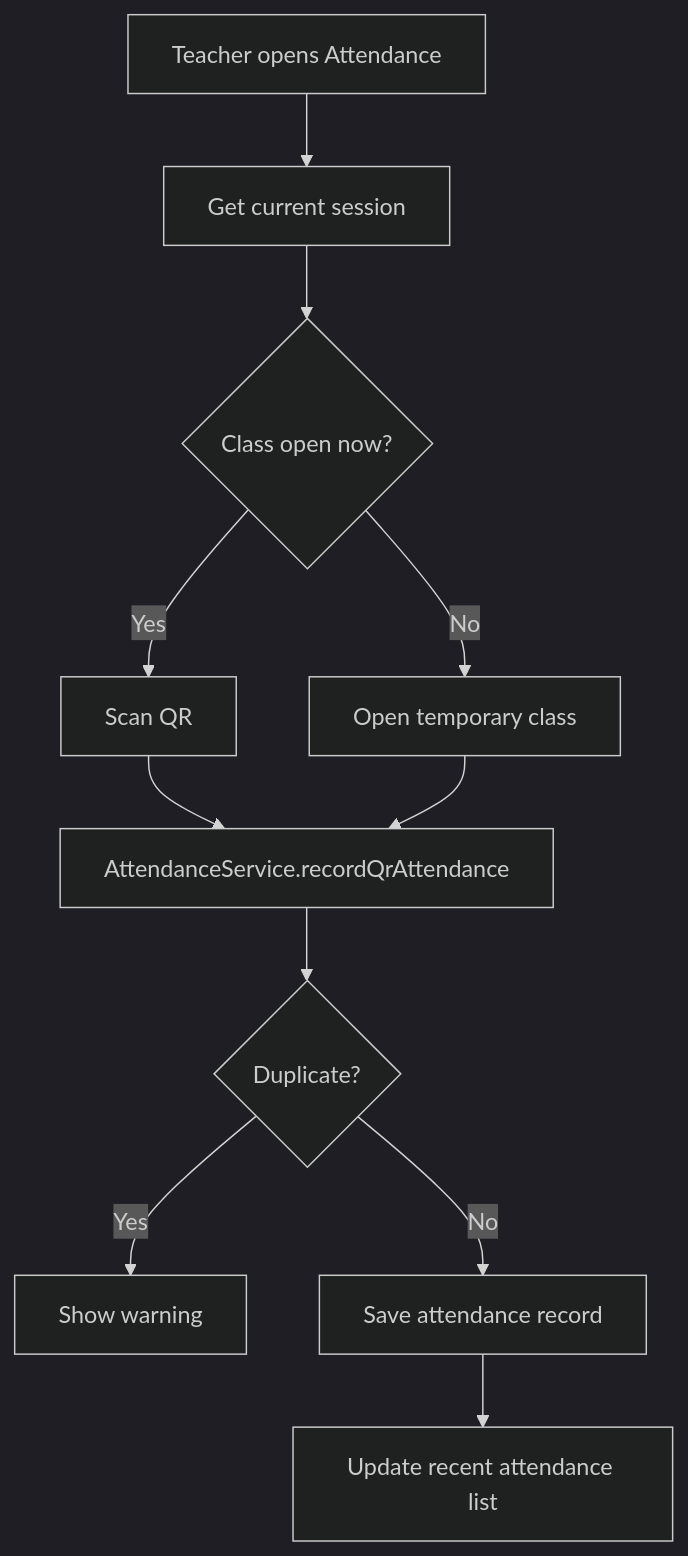
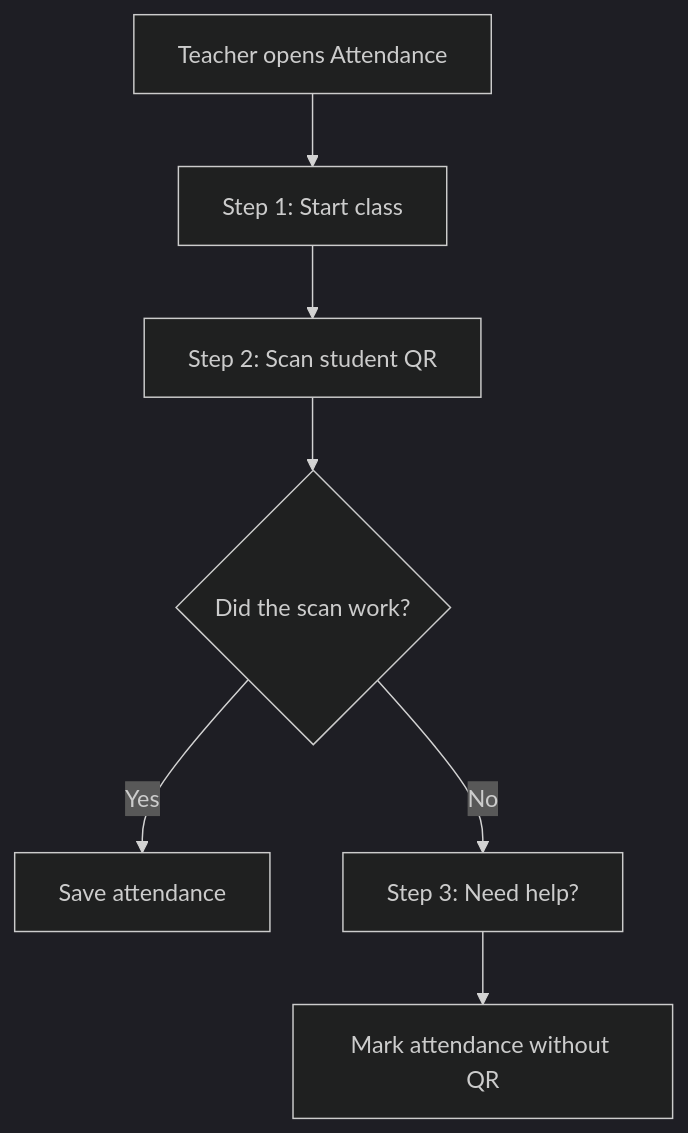
One commit to micoms/QrAttendance changed the diagram in docs/feature-processes.md. Above: the diagram before and after it, drawn with Mermaid (dark theme). The commit also changed other lines of this file and 17 other files, not shown here.

Commit message:
Simplify task-first UI flow and rewrite beginner docs

````diff
--- a/docs/feature-processes.md
+++ b/docs/feature-processes.md
@@ -56,13 +78,9 @@
 ```mermaid
 flowchart TD
-    A["Teacher opens Attendance"] --> B["Get current session"]
-    B --> C{"Class open now?"}
-    C -->|Yes| D["Scan QR"]
-    C -->|No| E["Open temporary class"]
-    D --> F["AttendanceService.recordQrAttendance"]
-    E --> F
-    F --> G{"Duplicate?"}
-    G -->|Yes| H["Show warning"]
-    G -->|No| I["Save attendance record"]
-    I --> J["Update recent attendance list"]
+    A["Teacher opens Attendance"] --> B["Step 1: Start class"]
+    B --> C["Step 2: Scan student QR"]
+    C --> D{"Did the scan work?"}
+    D -->|Yes| E["Save attendance"]
+    D -->|No| F["Step 3: Need help?"]
+    F --> G["Mark attendance without QR"]
 ```
````
